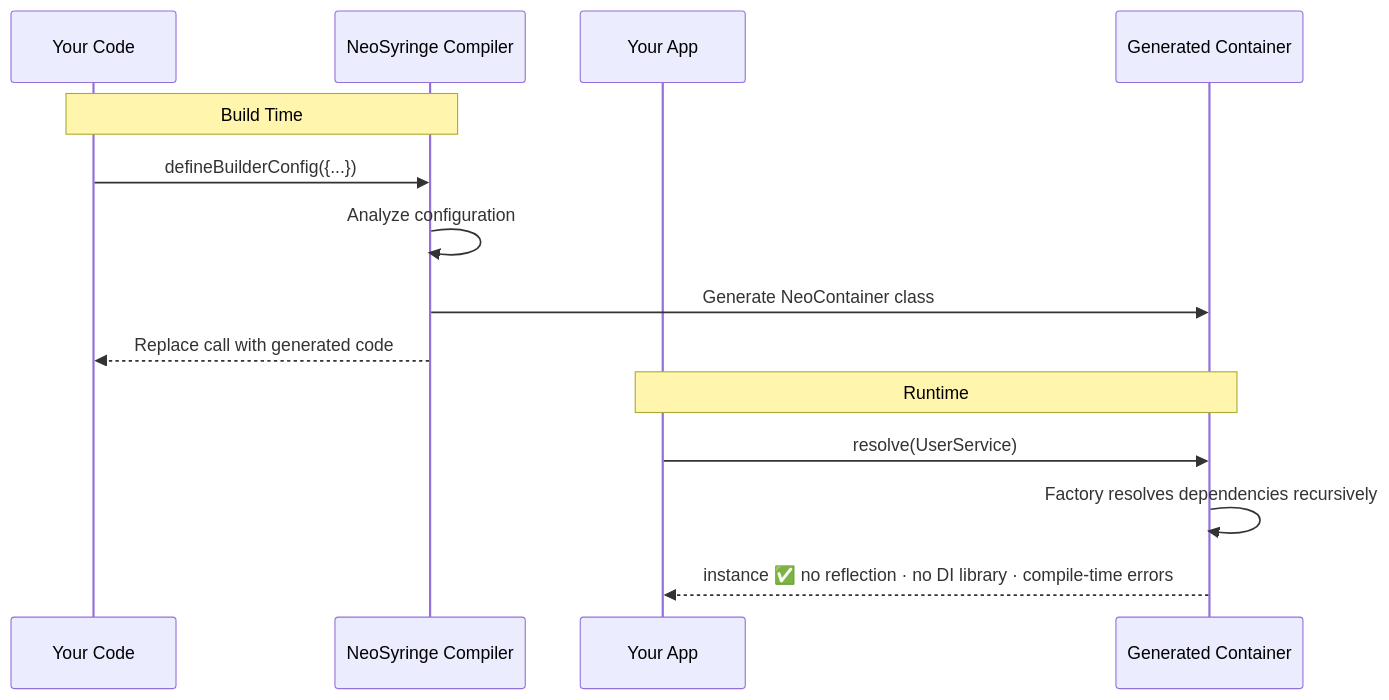
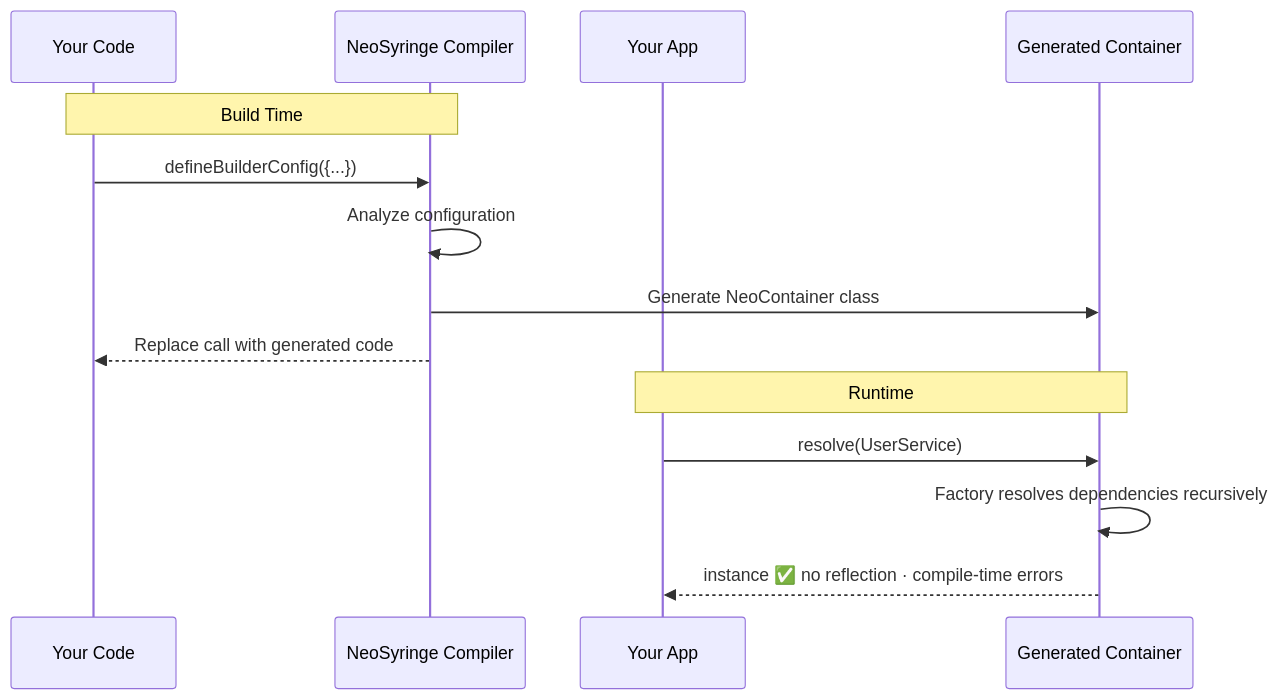
Before and after one commit to djodjonx/neosyringe: the diagram in docs/guide/what-is-neo-syringe.md, drawn with Mermaid. The commit also changed other lines of this file and 33 other files, not shown here.

````diff
--- a/docs/guide/what-is-neo-syringe.md
+++ b/docs/guide/what-is-neo-syringe.md
@@ -106,18 +105,18 @@
 ```mermaid
 sequenceDiagram
     participant Dev as Your Code
     participant Compiler as NeoSyringe Compiler
     participant App as Your App
     participant Container as Generated Container
 
     Note over Dev,Compiler: Build Time
     Dev->>Compiler: defineBuilderConfig({...})
     Compiler->>Compiler: Analyze configuration
     Compiler->>Container: Generate NeoContainer class
     Compiler-->>Dev: Replace call with generated code
 
     Note over App,Container: Runtime
     App->>Container: resolve(UserService)
     Container->>Container: Factory resolves dependencies recursively
-    Container-->>App: instance ✅ no reflection · no DI library · compile-time errors
+    Container-->>App: instance ✅ no reflection · compile-time errors
 ```
````
